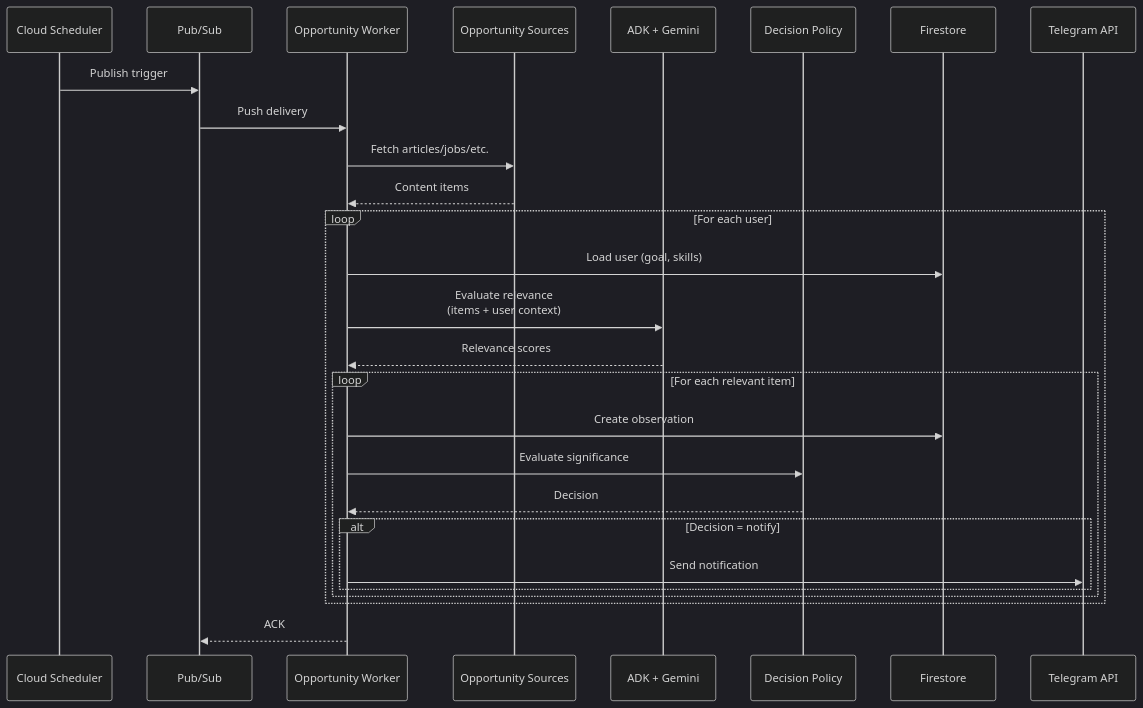
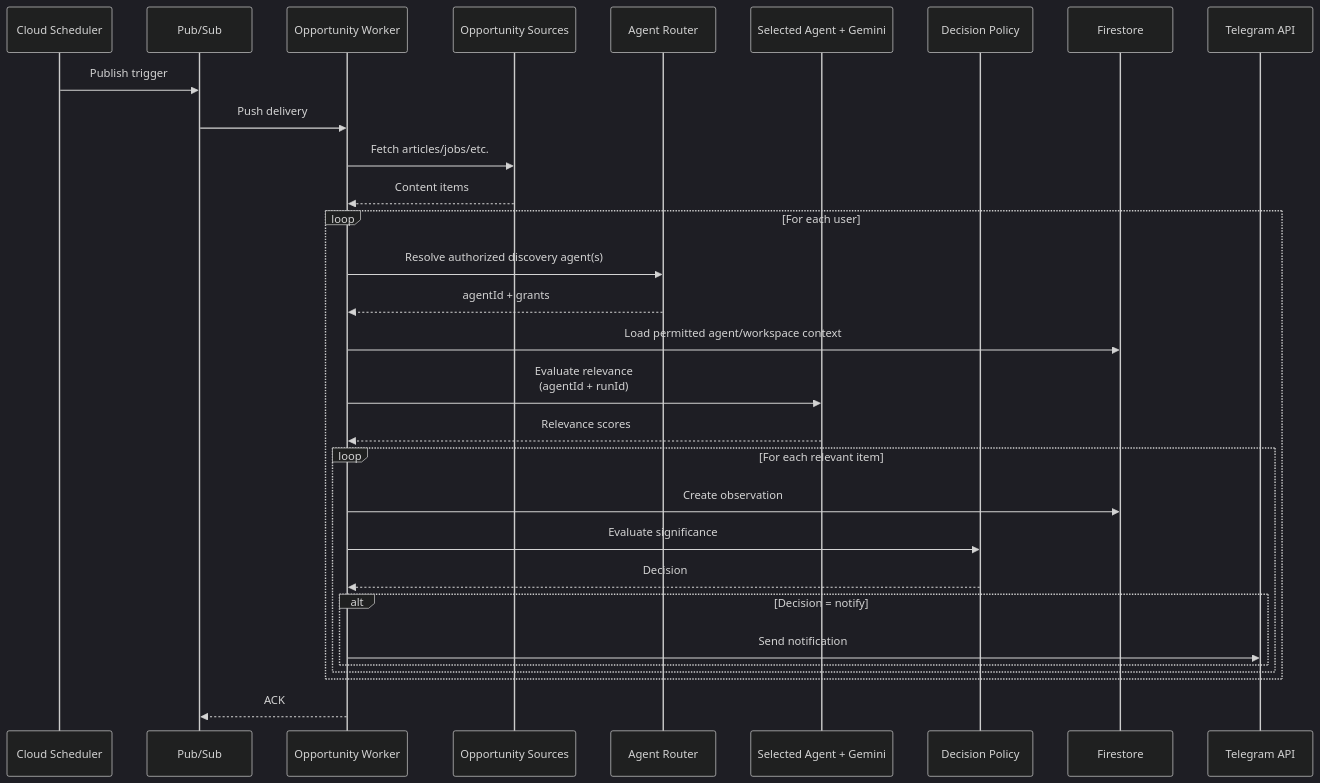
Before and after one commit to yernururue/Mark-I: the fourth of 7 diagrams in docs/ARCHITECTURE.md, drawn with Mermaid (dark theme). The commit also changed other lines of this file and 52 other files, not shown here.

Commit message:
feat: implement core chat functionality, authentication flows, and product readiness documentation while restructuring frontend architecture

````diff
--- a/docs/ARCHITECTURE.md
+++ b/docs/ARCHITECTURE.md
@@ -176,35 +194,38 @@
 ```mermaid
 sequenceDiagram
     participant SC as Cloud Scheduler
     participant PS as Pub/Sub
     participant OW as Opportunity Worker
     participant SRC as Opportunity Sources
-    participant AI as ADK + Gemini
+    participant R as Agent Router
+    participant AI as Selected Agent + Gemini
     participant DP as Decision Policy
     participant FS as Firestore
     participant TG as Telegram API
 
     SC->>PS: Publish trigger
     PS->>OW: Push delivery
 
     OW->>SRC: Fetch articles/jobs/etc.
     SRC-->>OW: Content items
 
     loop For each user
-        OW->>FS: Load user (goal, skills)
-        OW->>AI: Evaluate relevance<br/>(items + user context)
+        OW->>R: Resolve authorized discovery agent(s)
+        R-->>OW: agentId + grants
+        OW->>FS: Load permitted agent/workspace context
+        OW->>AI: Evaluate relevance<br/>(agentId + runId)
         AI-->>OW: Relevance scores
 
         loop For each relevant item
             OW->>FS: Create observation
             OW->>DP: Evaluate significance
             DP-->>OW: Decision
 
             alt Decision = notify
                 OW->>TG: Send notification
             end
         end
     end
 
     OW-->>PS: ACK
 ```
````
